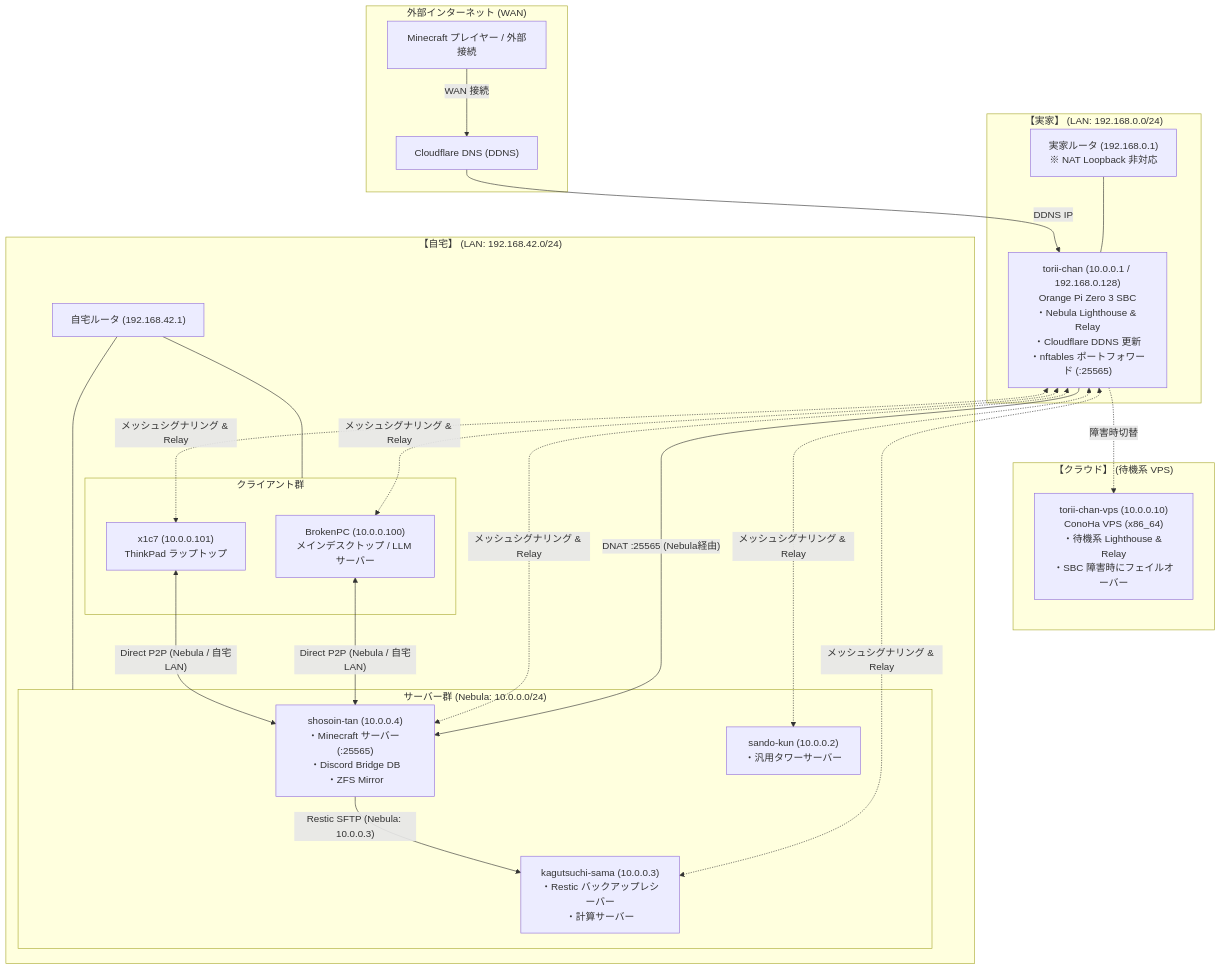
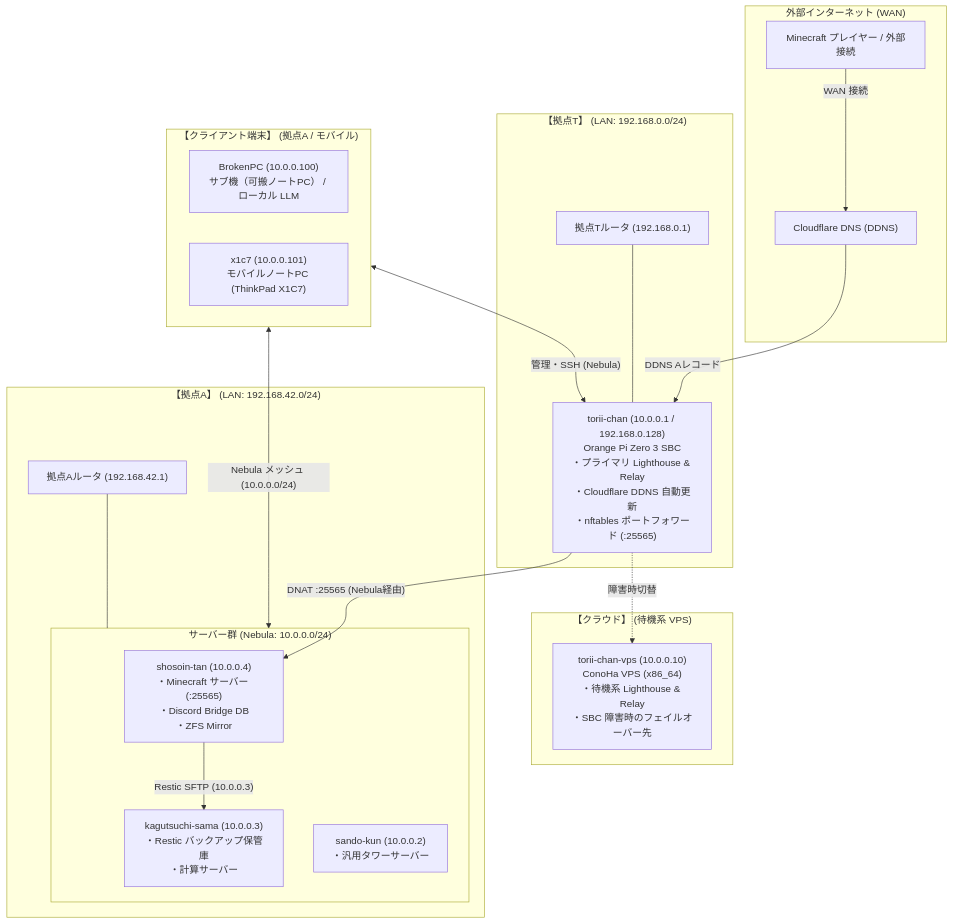
One commit to t3u-tsu/nix-config changed the diagram in docs/architecture/network-topology.md. Above: the diagram before and after it, drawn with Mermaid. The commit also changed other lines of this file and 20 other files, not shown here.

````diff
--- a/docs/architecture/network-topology.md
+++ b/docs/architecture/network-topology.md
@@ -11,51 +11,47 @@
 ```mermaid
 flowchart TD
     subgraph WAN["外部インターネット (WAN)"]
         User["Minecraft プレイヤー / 外部接続"]
         CF["Cloudflare DNS (DDNS)"]
     end
 
-    subgraph ParentsHome["【実家】 (LAN: 192.168.0.0/24)"]
-        PRouter["実家ルータ (192.168.0.1)<br>※ NAT Loopback 非対応"]
-        Torii["torii-chan (10.0.0.1 / 192.168.0.128)<br>Orange Pi Zero 3 SBC<br>・Nebula Lighthouse & Relay<br>・Cloudflare DDNS 更新<br>・nftables ポートフォワード (:25565)"]
-        PRouter --- Torii
+    subgraph SiteT["【拠点T】 (LAN: 192.168.0.0/24)"]
+        TRouter["拠点Tルータ (192.168.0.1)"]
+        Torii["torii-chan (10.0.0.1 / 192.168.0.128)<br>Orange Pi Zero 3 SBC<br>・プライマリ Lighthouse & Relay<br>・Cloudflare DDNS 自動更新<br>・nftables ポートフォワード (:25565)"]
+        TRouter --- Torii
     end
 
     subgraph Failover["【クラウド】 (待機系 VPS)"]
-        VPS["torii-chan-vps (10.0.0.10)<br>ConoHa VPS (x86_64)<br>・待機系 Lighthouse & Relay<br>・SBC 障害時にフェイルオーバー"]
+        VPS["torii-chan-vps (10.0.0.10)<br>ConoHa VPS (x86_64)<br>・待機系 Lighthouse & Relay<br>・SBC 障害時のフェイルオーバー先"]
     end
 
-    subgraph MyHome["【自宅】 (LAN: 192.168.42.0/24)"]
-        HRouter["自宅ルータ (192.168.42.1)"]
+    subgraph SiteA["【拠点A】 (LAN: 192.168.42.0/24)"]
+        ARouter["拠点Aルータ (192.168.42.1)"]
 
         subgraph Servers["サーバー群 (Nebula: 10.0.0.0/24)"]
             Shosoin["shosoin-tan (10.0.0.4)<br>・Minecraft サーバー (:25565)<br>・Discord Bridge DB<br>・ZFS Mirror"]
-            Kagutsuchi["kagutsuchi-sama (10.0.0.3)<br>・Restic バックアップレシーバー<br>・計算サーバー"]
+            Kagutsuchi["kagutsuchi-sama (10.0.0.3)<br>・Restic バックアップ保管庫<br>・計算サーバー"]
             Sando["sando-kun (10.0.0.2)<br>・汎用タワーサーバー"]
         end
 
-        subgraph Clients["クライアント群"]
-            BrokenPC["BrokenPC (10.0.0.100)<br>メインデスクトップ / LLM サーバー"]
-            X1C7["x1c7 (10.0.0.101)<br>ThinkPad ラップトップ"]
-        end
-
-        HRouter --- Servers
-        HRouter --- Clients
+        ARouter --- Servers
     end
 
+    subgraph RoamingClients["【クライアント端末】 (拠点A / モバイル)"]
+        BrokenPC["BrokenPC (10.0.0.100)<br>サブ機（可搬ノートPC） / ローカル LLM"]
+        X1C7["x1c7 (10.0.0.101)<br>モバイルノートPC (ThinkPad X1C7)"]
+    end
+
+    %% WAN トラフィック
     User -->|WAN 接続| CF
-    CF -->|DDNS IP| Torii
+    CF -->|DDNS Aレコード| Torii
     Torii -->|"DNAT :25565 (Nebula経由)"| Shosoin
 
-    Torii <-.->|"メッシュシグナリング & Relay"| Shosoin
-    Torii <-.->|"メッシュシグナリング & Relay"| Kagutsuchi
-    Torii <-.->|"メッシュシグナリング & Relay"| Sando
-    Torii <-.->|"メッシュシグナリング & Relay"| BrokenPC
-    Torii <-.->|"メッシュシグナリング & Relay"| X1C7
+    %% Nebula メッシュオーバーレイ通信
+    RoamingClients <-->|"Nebula メッシュ (10.0.0.0/24)"| Servers
+    RoamingClients <-->|"管理・SSH (Nebula)"| Torii
+    Shosoin -->|"Restic SFTP (10.0.0.3)"| Kagutsuchi
 
-    BrokenPC <-->|"Direct P2P (Nebula / 自宅LAN)"| Shosoin
-    X1C7 <-->|"Direct P2P (Nebula / 自宅LAN)"| Shosoin
-    Shosoin -->|"Restic SFTP (Nebula: 10.0.0.3)"| Kagutsuchi
-
+    %% フェイルオーバー
     Torii -.->|"障害時切替"| VPS
 ```
````
